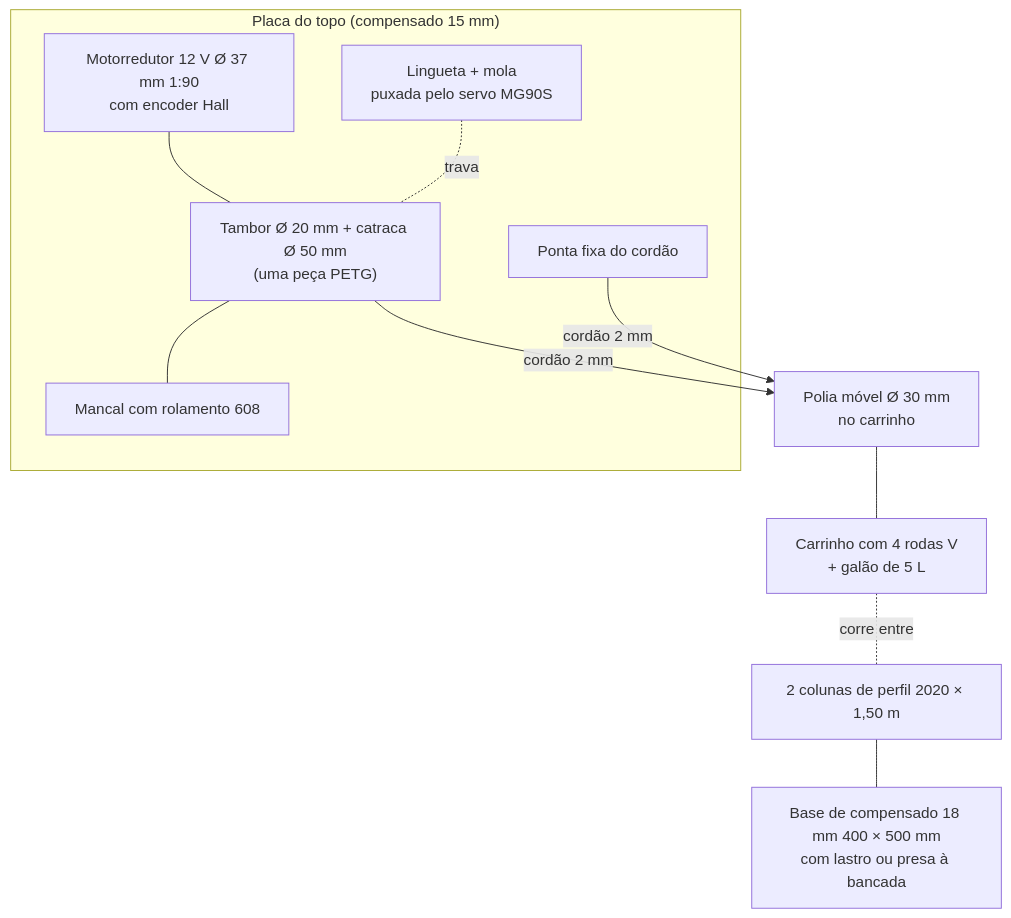
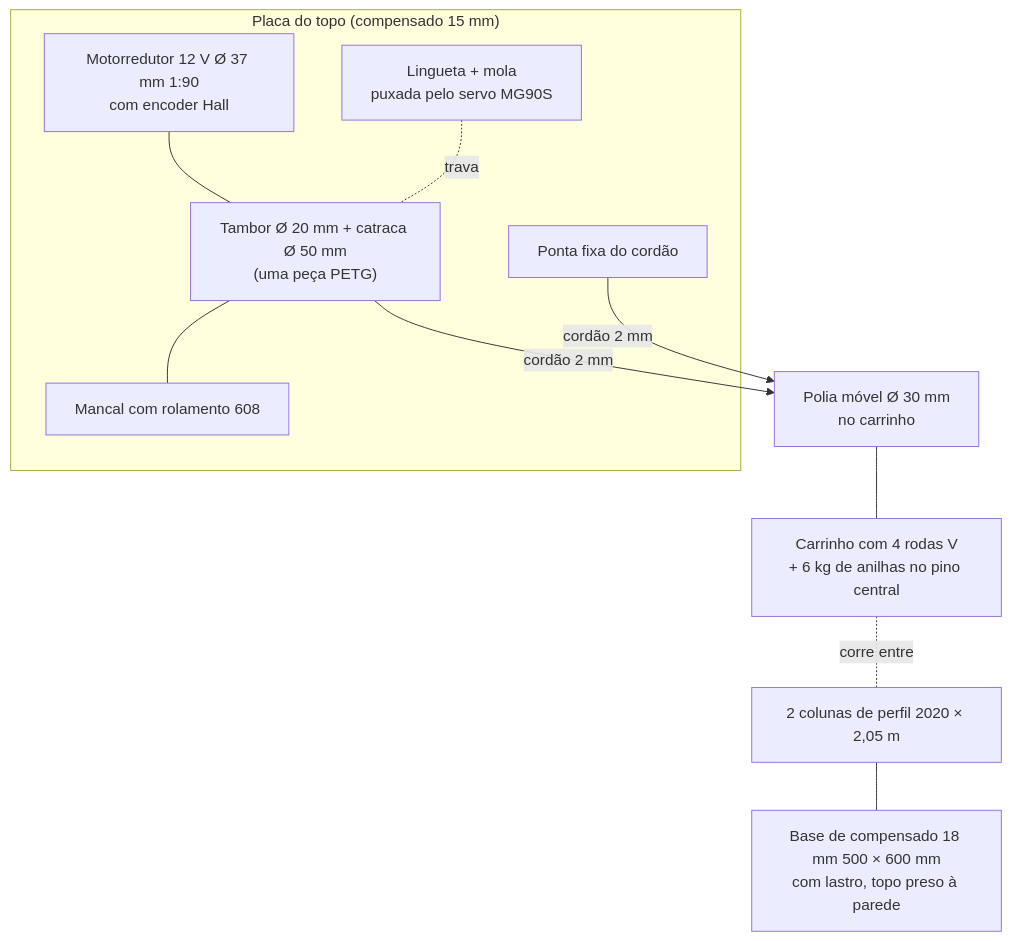
Before and after one commit to raimundogabriel/projeto-bateria-gravitacional: the diagram in MVP_FABLAB/02_ARQUITETO/mecanica.md, drawn with Mermaid. The commit also changed other lines of this file and 22 other files, not shown here.

First line of the commit message:
(docs): MVP fablab com 6 kg de anilhas e 1,70 m, saida so com LEDs

````diff
--- a/MVP_FABLAB/02_ARQUITETO/mecanica.md
+++ b/MVP_FABLAB/02_ARQUITETO/mecanica.md
@@ -14,14 +14,14 @@
 ```mermaid
 flowchart TB
     subgraph TOPO["Placa do topo (compensado 15 mm)"]
         M["Motorredutor 12 V Ø 37 mm 1:90<br/>com encoder Hall"] --- T["Tambor Ø 20 mm + catraca Ø 50 mm<br/>(uma peça PETG)"]
         T --- R["Mancal com rolamento 608"]
         L["Lingueta + mola<br/>puxada pelo servo MG90S"] -.trava.- T
         F["Ponta fixa do cordão"]
     end
     T -->|"cordão 2 mm"| P["Polia móvel Ø 30 mm<br/>no carrinho"]
     F -->|"cordão 2 mm"| P
-    P --- C["Carrinho com 4 rodas V<br/>+ galão de 5 L"]
-    C -.corre entre.- G["2 colunas de perfil 2020 × 1,50 m"]
-    G --- B["Base de compensado 18 mm 400 × 500 mm<br/>com lastro ou presa à bancada"]
+    P --- C["Carrinho com 4 rodas V<br/>+ 6 kg de anilhas no pino central"]
+    C -.corre entre.- G["2 colunas de perfil 2020 × 2,05 m"]
+    G --- B["Base de compensado 18 mm 500 × 600 mm<br/>com lastro, topo preso à parede"]
 ```
````
